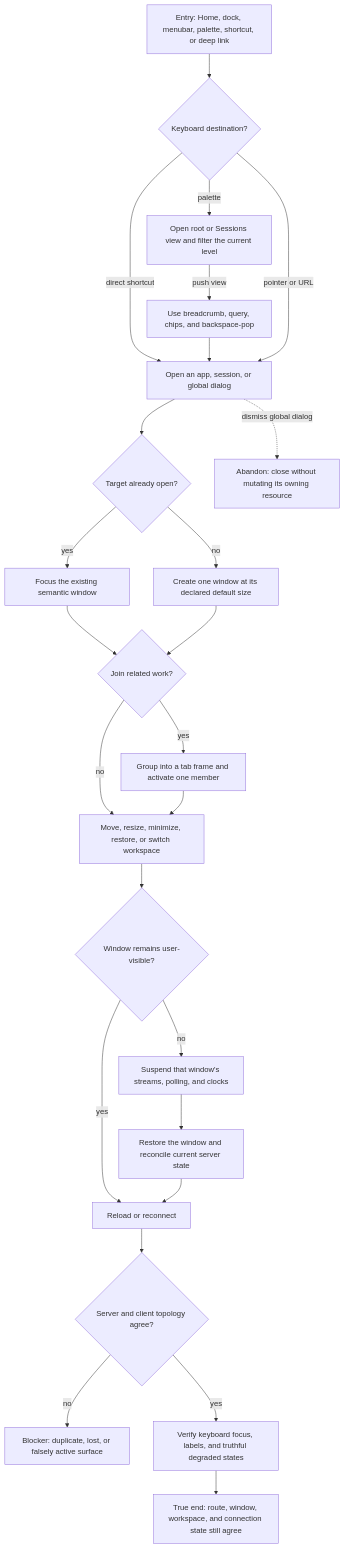
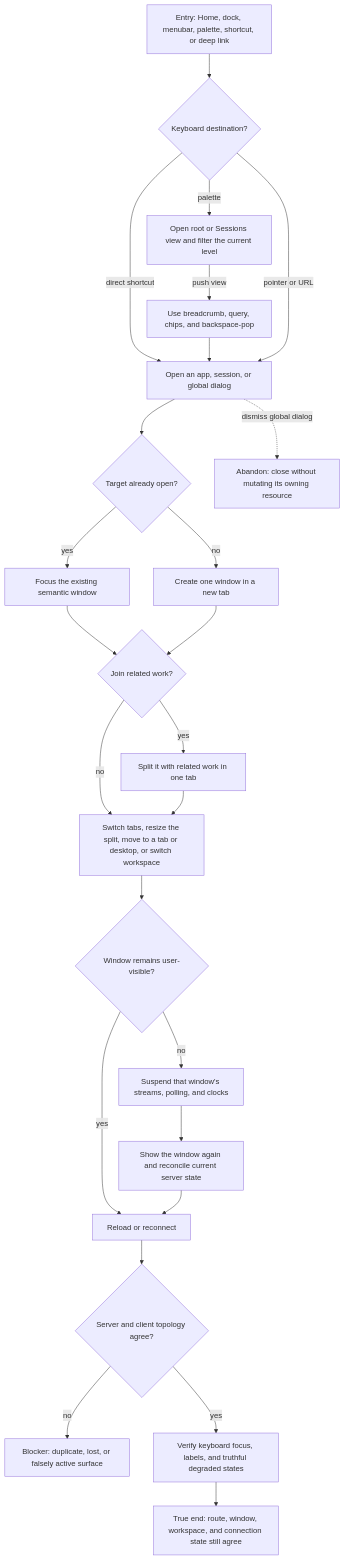
One commit to compozy/compozy changed the diagram in docs/qa/journeys/J-operate-desktop-shell.md. Above: the diagram before and after it, drawn with Mermaid. The commit also changed other lines of this file and 73 other files, not shown here.

First line of the commit message:
docs: describe window tabs and splits across docs, skill, QA and release note

````diff
--- a/docs/qa/journeys/J-operate-desktop-shell.md
+++ b/docs/qa/journeys/J-operate-desktop-shell.md
@@ -7,27 +7,27 @@
 ```mermaid
 flowchart TD
     E[Entry: Home, dock, menubar, palette, shortcut, or deep link] --> K{Keyboard destination?}
     K -->|palette| P[Open root or Sessions view and filter the current level]
     K -->|direct shortcut| O[Run the daemon-bound semantic action]
     P -->|push view| PV[Use breadcrumb, query, chips, and backspace-pop]
     PV --> O[Open or focus the selected session]
     K -->|pointer or URL| O[Open an app, session, or global dialog]
     O --> T{Target already open?}
     T -->|yes| F[Focus the existing semantic window]
-    T -->|no| N[Create one window at its declared default size]
+    T -->|no| N[Create one window in a new tab]
     F --> G{Join related work?}
     N --> G
-    G -->|yes| D[Group into a tab frame and activate one member]
-    G -->|no| M[Move, resize, minimize, restore, or switch workspace]
+    G -->|yes| D[Split it with related work in one tab]
+    G -->|no| M[Switch tabs, resize the split, move to a tab or desktop, or switch workspace]
     D --> M
     M --> VZ{Window remains user-visible?}
     VZ -->|yes| R[Reload or reconnect]
     VZ -->|no| S[Suspend that window's streams, polling, and clocks]
-    S --> RS[Restore the window and reconcile current server state]
+    S --> RS[Show the window again and reconcile current server state]
     RS --> R
     R --> C{Server and client topology agree?}
     C -->|no| B[Blocker: duplicate, lost, or falsely active surface]
     C -->|yes| V[Verify keyboard focus, labels, and truthful degraded states]
     V --> Z[True end: route, window, workspace, and connection state still agree]
     O -.->|dismiss global dialog| A[Abandon: close without mutating its owning resource]
 ```
````
